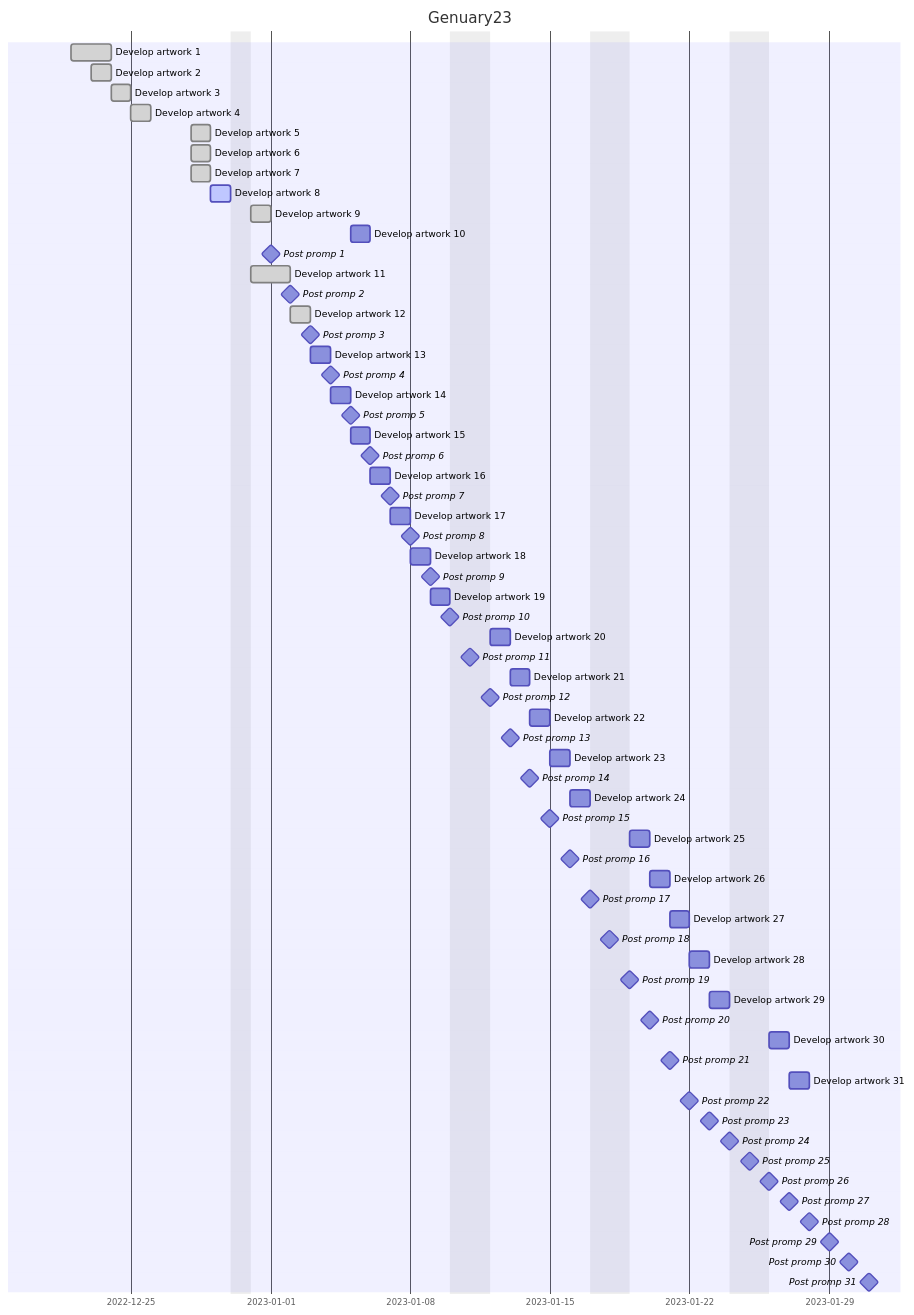
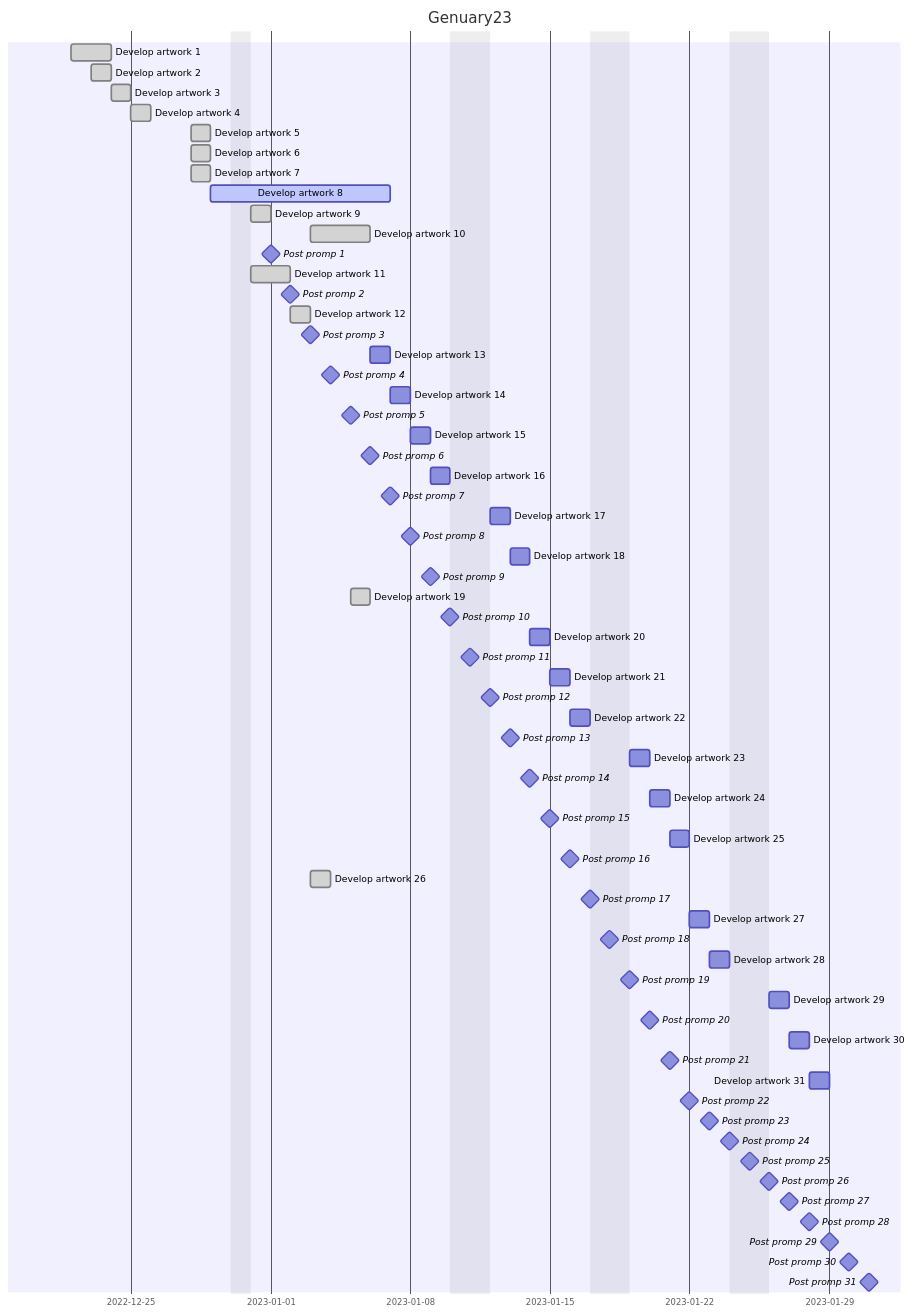
One commit to markralovna/markralovna.github.io changed the diagram in com/Genuary23/index.md. Above: the diagram before and after it, drawn with Mermaid. The commit also changed other lines of this file and 4 other files, not shown here.

````diff
--- a/com/Genuary23/index.md
+++ b/com/Genuary23/index.md
@@ -41,68 +41,68 @@
 ```mermaid
 gantt
 	title Genuary23
     excludes    2023-01-10,2023-01-11,2023-01-17,2023-01-18,2023-01-24,2023-01-25,2023-01-31,2022-12-30
 	dateFormat  YYYY-MM-DD
 	Develop artwork  1               : done     ,     d01,     2022-12-22,     2d 
 	Develop artwork  2               : done     ,     d02,     2022-12-23,     1d 
 	Develop artwork  3               : done     ,     d03,     2022-12-24,     1d 
 	Develop artwork  4               : done     ,     d04,     2022-12-25,     1d 
 	Develop artwork  5               : done     ,     d05,     2022-12-28,     1d 
 	Develop artwork  6               : done     ,     d06,     2022-12-28,     1d 
 	Develop artwork  7               : done     ,     d07,     2022-12-28,     1d 
-	Develop artwork  8               : active   ,     d08,     2022-12-29,     1d 
+	Develop artwork  8               : active   ,     d08,     2022-12-29,     8d 
 	Develop artwork  9               : done     ,     d09,     2022-12-31,     1d 
-	Develop artwork 10               :                d10,     after d8  ,     1d 
+	Develop artwork 10               : done     ,     d10,     2023-01-03,     3d  
 	Post promp  1                    : milestone,     p01,     2023-01-01,     0d  
 	Develop artwork 11               : done     ,     d11,     2022-12-31,     2d 
 	Post promp  2                    : milestone,     p02,     2023-01-02,     0d  
 	Develop artwork 12               : done     ,     d12,     2023-01-02,     1d  
 	Post promp  3                    : milestone,     p03,     2023-01-03,     0d 
-	Develop artwork 13               :                d13,     after d12 ,     1d 
+	Develop artwork 13               :                d13,     2023-01-06,     1d 
 	Post promp  4                    : milestone,     p04,     2023-01-04,     0d 
 	Develop artwork 14               :                d14,     after d13 ,     1d 
 	Post promp  5                    : milestone,     p05,     2023-01-05,     0d 
 	Develop artwork 15               :                d15,     after d14 ,     1d 
 	Post promp  6                    : milestone,     p06,     2023-01-06,     0d 
 	Develop artwork 16               :                d16,     after d15 ,     1d 
 	Post promp  7                    : milestone,     p07,     2023-01-07,     0d 
 	Develop artwork 17               :                d17,     after d16 ,     1d 
 	Post promp  8                    : milestone,     p08,     2023-01-08,     0d 
 	Develop artwork 18               :                d18,     after d17 ,     1d 
 	Post promp  9                    : milestone,     p09,     2023-01-09,     0d
-	Develop artwork 19               :                d19,     after d18 ,     1d 
+	Develop artwork 19               : done     ,     d19,     2023-01-05,     1d 
 	Post promp 10                    : milestone,     p10,     2023-01-10,     0d 
-	Develop artwork 20               :                d20,     after d19 ,     1d 
+	Develop artwork 20               :                d20,     after d18 ,     1d 
 	Post promp 11                    : milestone,     p11,     2023-01-11,     0d 
 	Develop artwork 21               :                d21,     after d20 ,     1d 
 	Post promp 12                    : milestone,     p12,     2023-01-12,     0d 
 	Develop artwork 22               :                d22,     after d21 ,     1d 
 	Post promp 13                    : milestone,     p13,     2023-01-13,     0d 
 	Develop artwork 23               :                d23,     after d22 ,     1d 
 	Post promp 14                    : milestone,     p14,     2023-01-14,     0d 
 	Develop artwork 24               :                d24,     after d23 ,     1d 
 	Post promp 15                    : milestone,     p15,     2023-01-15,     0d 
 	Develop artwork 25               :                d25,     after d24 ,     1d 
 	Post promp 16                    : milestone,     p16,     2023-01-16,     0d 
-	Develop artwork 26               :                d26,     after d25 ,     1d 
+	Develop artwork 26               : done     ,     d26,     2023-01-03,     1d 
 	Post promp 17                    : milestone,     p17,     2023-01-17,     0d 
-	Develop artwork 27               :                d27,     after d26 ,     1d 
+	Develop artwork 27               :                d27,     after d25 ,     1d 
 	Post promp 18                    : milestone,     p18,     2023-01-18,     0d 
 	Develop artwork 28               :                d28,     after d27 ,     1d 
 	Post promp 19                    : milestone,     p19,     2023-01-19,     0d 
 	Develop artwork 29               :                d29,     after d28 ,     1d 
 	Post promp 20                    : milestone,     p20,     2023-01-20,     0d 
 	Develop artwork 30               :                d30,     after d29 ,     1d 
 	Post promp 21                    : milestone,     p21,     2023-01-21,     0d 
 	Develop artwork 31               :                d31,     after d30 ,     1d 
 	Post promp 22                    : milestone,     p22,     2023-01-22,     0d 
 	Post promp 23                    : milestone,     p23,     2023-01-23,     0d 
 	Post promp 24                    : milestone,     p24,     2023-01-24,     0d 
 	Post promp 25                    : milestone,     p25,     2023-01-25,     0d 
 	Post promp 26                    : milestone,     p26,     2023-01-26,     0d 
 	Post promp 27                    : milestone,     p27,     2023-01-27,     0d 
 	Post promp 28                    : milestone,     p28,     2023-01-28,     0d 
 	Post promp 29                    : milestone,     p29,     2023-01-29,     0d 
 	Post promp 30                    : milestone,     p30,     2023-01-30,     0d 
 	Post promp 31                    : milestone,     p31,     2023-01-31,     0d 
 ```
````
